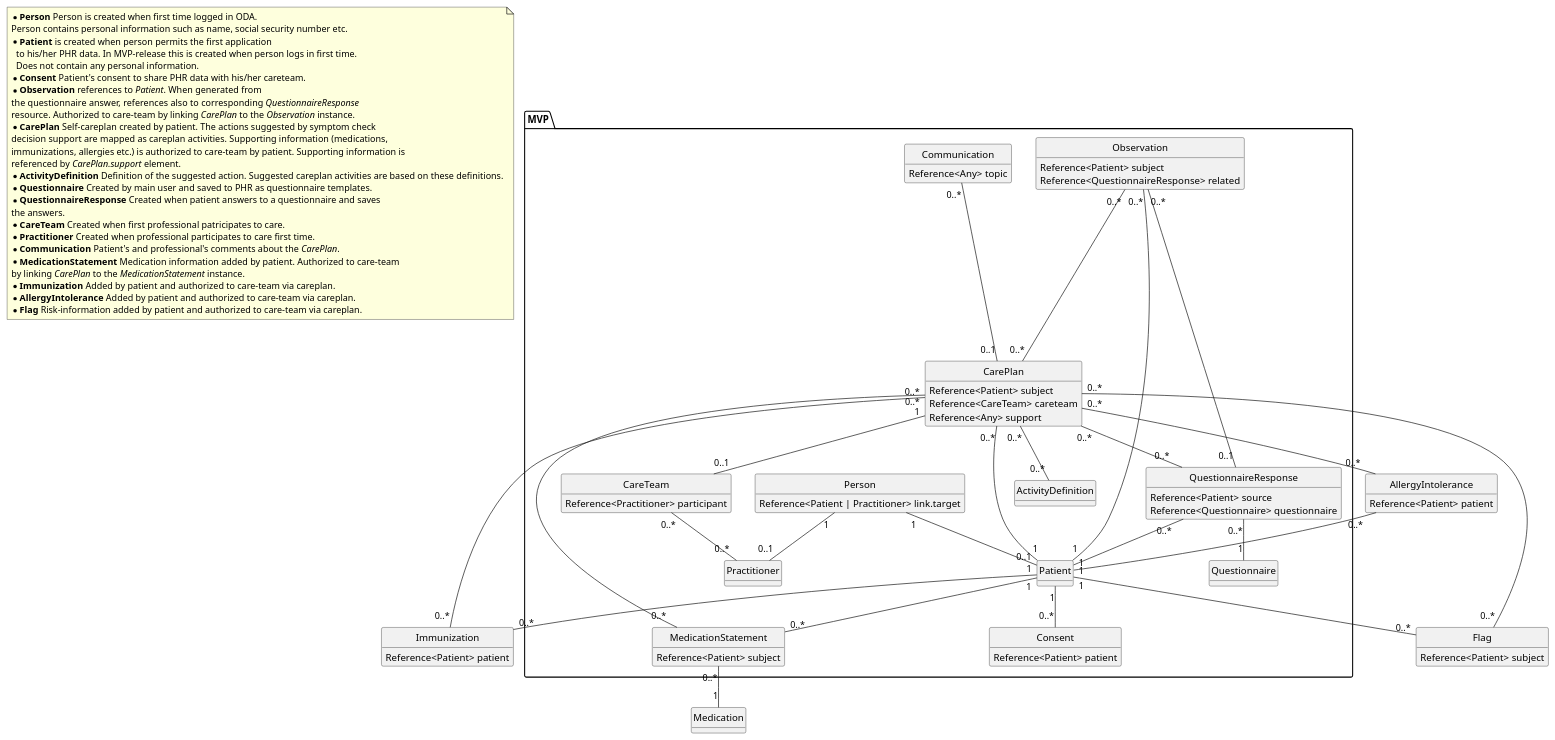
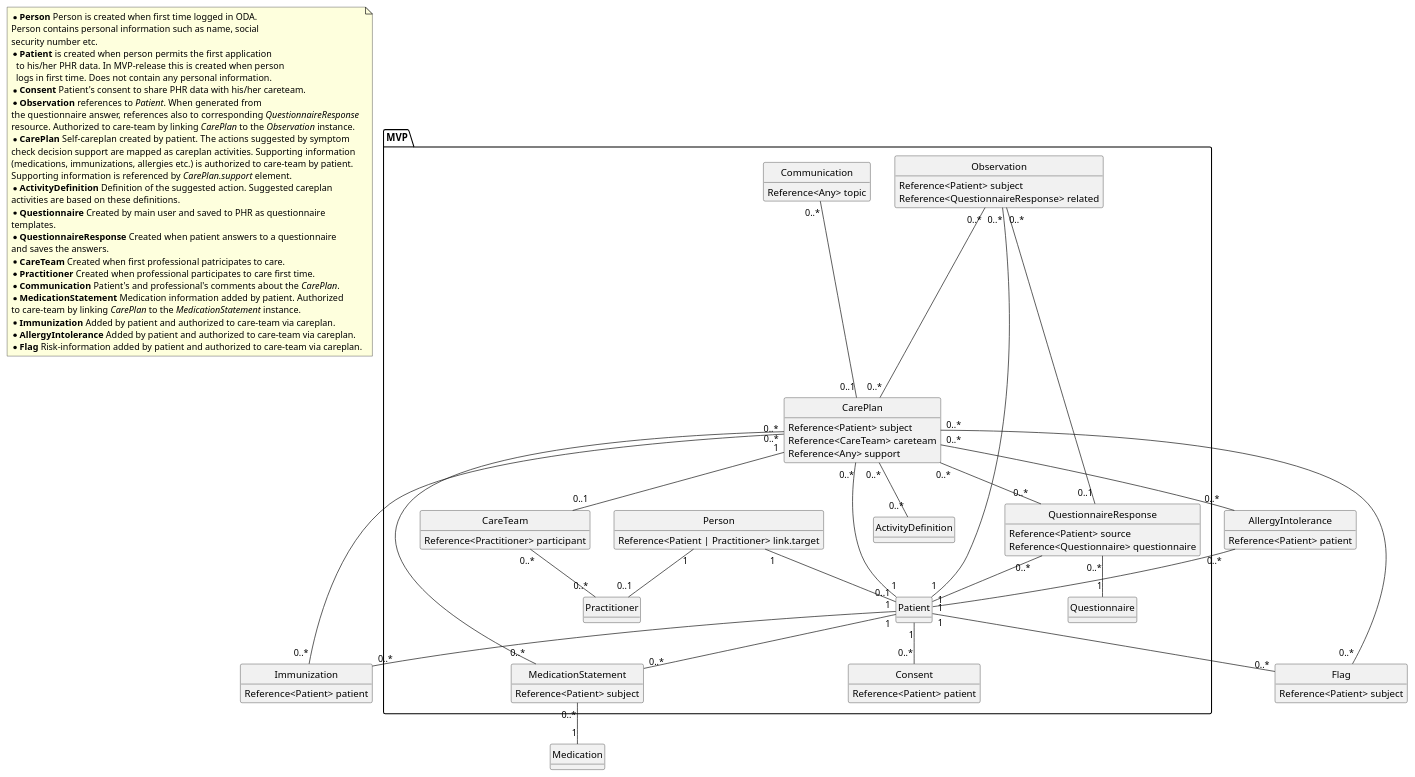
Before and after one commit to omahoito/rfc: the diagram in ODA-PHR-Datamodel.plantuml, drawn with PlantUML. The commit also changed 1 other file, not shown here.

Commit message:
Comment box narrowed, so the diagram fits in the picture.

```diff
--- a/ODA-PHR-Datamodel.plantuml
+++ b/ODA-PHR-Datamodel.plantuml
@@ -1,124 +1,127 @@
 @startuml
 
 set namespaceSeparator ::
 
 note as N1
 * <b>Person</b> Person is created when first time logged in ODA. 
-Person contains personal information such as name, social security number etc.
+Person contains personal information such as name, social 
+security number etc.
 * <b>Patient</b> is created when person permits the first application
-  to his/her PHR data. In MVP-release this is created when person logs in first time. 
-  Does not contain any personal information.
+  to his/her PHR data. In MVP-release this is created when person 
+  logs in first time. Does not contain any personal information.
 * <b>Consent</b> Patient's consent to share PHR data with his/her careteam.
 * <b>Observation</b> references to <i>Patient</i>. When generated from
 the questionnaire answer, references also to corresponding <i>QuestionnaireResponse</i> 
 resource. Authorized to care-team by linking <i>CarePlan</i> to the <i>Observation</i> instance.
-* <b>CarePlan</b> Self-careplan created by patient. The actions suggested by symptom check
-decision support are mapped as careplan activities. Supporting information (medications, 
-immunizations, allergies etc.) is authorized to care-team by patient. Supporting information is 
-referenced by <i>CarePlan.support</i> element.
-* <b>ActivityDefinition</b> Definition of the suggested action. Suggested careplan activities are based on these definitions. 
-* <b>Questionnaire</b> Created by main user and saved to PHR as questionnaire templates.
-* <b>QuestionnaireResponse</b> Created when patient answers to a questionnaire and saves 
-the answers.
+* <b>CarePlan</b> Self-careplan created by patient. The actions suggested by symptom 
+check decision support are mapped as careplan activities. Supporting information 
+(medications, immunizations, allergies etc.) is authorized to care-team by patient. 
+Supporting information is referenced by <i>CarePlan.support</i> element.
+* <b>ActivityDefinition</b> Definition of the suggested action. Suggested careplan 
+activities are based on these definitions. 
+* <b>Questionnaire</b> Created by main user and saved to PHR as questionnaire 
+templates.
+* <b>QuestionnaireResponse</b> Created when patient answers to a questionnaire 
+and saves the answers.
 * <b>CareTeam</b> Created when first professional patricipates to care.
 * <b>Practitioner</b> Created when professional participates to care first time.
 * <b>Communication</b> Patient's and professional's comments about the <i>CarePlan</i>.
-* <b>MedicationStatement</b> Medication information added by patient. Authorized to care-team
-by linking <i>CarePlan</i> to the <i>MedicationStatement</i> instance.
+* <b>MedicationStatement</b> Medication information added by patient. Authorized 
+to care-team by linking <i>CarePlan</i> to the <i>MedicationStatement</i> instance.
 * <b>Immunization</b> Added by patient and authorized to care-team via careplan.
 * <b>AllergyIntolerance</b> Added by patient and authorized to care-team via careplan.
 * <b>Flag</b> Risk-information added by patient and authorized to care-team via careplan.
   end note
 
 class MVP::Consent {
 Reference<Patient> patient
 }
 
 class MVP::Person {
 Reference<Patient | Practitioner> link.target
 }
 class MVP::Patient
 class MVP::Observation {
 Reference<Patient> subject
 Reference<QuestionnaireResponse> related
 }
 class MVP::CarePlan {
 Reference<Patient> subject
 Reference<CareTeam> careteam
 Reference<Any> support
 }
 class MVP::Questionnaire
 class MVP::QuestionnaireResponse {
 Reference<Patient> source
 Reference<Questionnaire> questionnaire
 }
 class MVP::CareTeam {
 'Reference<Patient> subject
 Reference<Practitioner> participant
 }
 class MVP::Practitioner {
 	
 }
 class MVP::Communication {
 Reference<Any> topic
 }
 
 class AllergyIntolerance {
 Reference<Patient> patient
 }
 
 class Immunization {
 Reference<Patient> patient
 }
 
 class MVP::MedicationStatement {
 Reference<Patient> subject
 }
 
 class Flag {
 Reference<Patient> subject
 }
 
 class MVP::ActivityDefinition {
 
 }
 
 class Medication
 
 hide methods
 hide circle
 
 MVP::Person "1"--"0..1" MVP::Patient
 MVP::Person "1"--"0..1" MVP::Practitioner
 
 MVP::CarePlan "0..*"--"1" MVP::Patient
 MVP::CarePlan "1"--"0..1" MVP::CareTeam
 MVP::CarePlan "0..*"--"0..*" MVP::QuestionnaireResponse
 MVP::CarePlan "0..*"--"0..*" AllergyIntolerance
 MVP::CarePlan "0..*"--"0..*" MVP::MedicationStatement
 MVP::CarePlan "0..*"--"0..*" Immunization
 MVP::CarePlan "0..*"--"0..*" Flag
 MVP::CarePlan "0..*"--"0..*" MVP::ActivityDefinition
 
 MVP::CareTeam "0..*"--"0..*" MVP::Practitioner 
 'MVP::CareTeam "0..*"--"1" MVP::Patient
 
 MVP::Observation "0..*"--"0..*" MVP::CarePlan
 MVP::Observation "0..*"--"1" MVP::Patient
 MVP::Observation "0..*"--"0..1" MVP::QuestionnaireResponse
 
 MVP::QuestionnaireResponse "0..*"--"1" MVP::Patient
 MVP::QuestionnaireResponse "0..*"--"1" MVP::Questionnaire
 
 MVP::Communication "0..*" -- "0..1" MVP::CarePlan
 
 AllergyIntolerance "0..*" -- "1" MVP::Patient
 MVP::Patient "1"--"0..*" MVP::MedicationStatement
 MVP::Patient "1"--"0..*" Immunization
 MVP::Patient "1"--"0..*" Flag
 
 MVP::Consent "0..*"-up-"1" MVP::Patient
 
 MVP::MedicationStatement "0..*" -- "1" Medication
 
 @enduml
```
